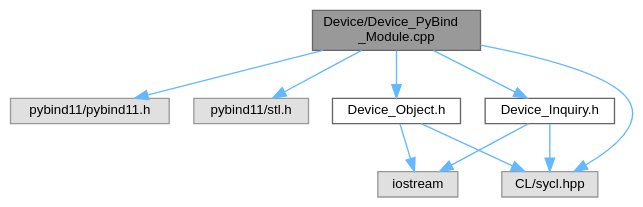
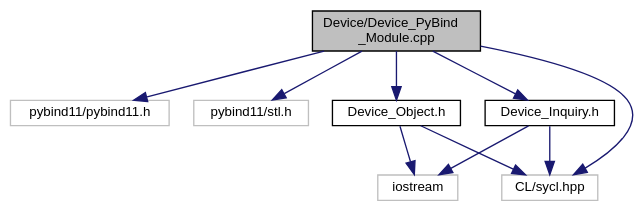
One commit to OsmanAEG/PySYCL changed the diagram in docs/PySYCL_doxygen_html/_device___py_bind___module_8cpp__incl.dot. Above: the diagram before and after it, drawn with Graphviz. The commit also changed 129 other files, not shown here.

```diff
--- a/docs/PySYCL_doxygen_html/_device___py_bind___module_8cpp__incl.dot
+++ b/docs/PySYCL_doxygen_html/_device___py_bind___module_8cpp__incl.dot
@@ -1,24 +1,24 @@
 digraph "Device/Device_PyBind_Module.cpp"
 {
  // INTERACTIVE_SVG=YES
  // LATEX_PDF_SIZE
   bgcolor="transparent";
-  edge [fontname=Helvetica,fontsize=10,labelfontname=Helvetica,labelfontsize=10];
-  node [fontname=Helvetica,fontsize=10,shape=box,height=0.2,width=0.4];
-  Node1 [id="Node000001",label="Device/Device_PyBind\l_Module.cpp",height=0.2,width=0.4,color="gray40", fillcolor="grey60", style="filled", fontcolor="black",tooltip="Python module for device in PySYCL."];
-  Node1 -> Node2 [id="edge1_Node000001_Node000002",color="steelblue1",style="solid",tooltip=" "];
-  Node2 [id="Node000002",label="pybind11/pybind11.h",height=0.2,width=0.4,color="grey60", fillcolor="#E0E0E0", style="filled",tooltip=" "];
-  Node1 -> Node3 [id="edge2_Node000001_Node000003",color="steelblue1",style="solid",tooltip=" "];
-  Node3 [id="Node000003",label="pybind11/stl.h",height=0.2,width=0.4,color="grey60", fillcolor="#E0E0E0", style="filled",tooltip=" "];
-  Node1 -> Node4 [id="edge3_Node000001_Node000004",color="steelblue1",style="solid",tooltip=" "];
-  Node4 [id="Node000004",label="Device_Inquiry.h",height=0.2,width=0.4,color="grey40", fillcolor="white", style="filled",URL="$_device___inquiry_8h.html",tooltip="Collecting SYCL device availability and information."];
-  Node4 -> Node5 [id="edge4_Node000004_Node000005",color="steelblue1",style="solid",tooltip=" "];
-  Node5 [id="Node000005",label="iostream",height=0.2,width=0.4,color="grey60", fillcolor="#E0E0E0", style="filled",tooltip=" "];
-  Node4 -> Node6 [id="edge5_Node000004_Node000006",color="steelblue1",style="solid",tooltip=" "];
-  Node6 [id="Node000006",label="CL/sycl.hpp",height=0.2,width=0.4,color="grey60", fillcolor="#E0E0E0", style="filled",tooltip=" "];
-  Node1 -> Node7 [id="edge6_Node000001_Node000007",color="steelblue1",style="solid",tooltip=" "];
-  Node7 [id="Node000007",label="Device_Object.h",height=0.2,width=0.4,color="grey40", fillcolor="white", style="filled",URL="$_device___object_8h.html",tooltip="SYCL device selection in PySYCL."];
-  Node7 -> Node5 [id="edge7_Node000007_Node000005",color="steelblue1",style="solid",tooltip=" "];
-  Node7 -> Node6 [id="edge8_Node000007_Node000006",color="steelblue1",style="solid",tooltip=" "];
-  Node1 -> Node6 [id="edge9_Node000001_Node000006",color="steelblue1",style="solid",tooltip=" "];
+  edge [fontname="Helvetica",fontsize="10",labelfontname="Helvetica",labelfontsize="10"];
+  node [fontname="Helvetica",fontsize="10",shape=record];
+  Node1 [label="Device/Device_PyBind\l_Module.cpp",height=0.2,width=0.4,color="black", fillcolor="grey75", style="filled", fontcolor="black",tooltip="Python module for device in PySYCL."];
+  Node1 -> Node2 [color="midnightblue",fontsize="10",style="solid",fontname="Helvetica"];
+  Node2 [label="pybind11/pybind11.h",height=0.2,width=0.4,color="grey75",tooltip=" "];
+  Node1 -> Node3 [color="midnightblue",fontsize="10",style="solid",fontname="Helvetica"];
+  Node3 [label="pybind11/stl.h",height=0.2,width=0.4,color="grey75",tooltip=" "];
+  Node1 -> Node4 [color="midnightblue",fontsize="10",style="solid",fontname="Helvetica"];
+  Node4 [label="Device_Inquiry.h",height=0.2,width=0.4,color="black",URL="$_device___inquiry_8h.html",tooltip="Collecting SYCL device availability and information."];
+  Node4 -> Node5 [color="midnightblue",fontsize="10",style="solid",fontname="Helvetica"];
+  Node5 [label="iostream",height=0.2,width=0.4,color="grey75",tooltip=" "];
+  Node4 -> Node6 [color="midnightblue",fontsize="10",style="solid",fontname="Helvetica"];
+  Node6 [label="CL/sycl.hpp",height=0.2,width=0.4,color="grey75",tooltip=" "];
+  Node1 -> Node7 [color="midnightblue",fontsize="10",style="solid",fontname="Helvetica"];
+  Node7 [label="Device_Object.h",height=0.2,width=0.4,color="black",URL="$_device___object_8h.html",tooltip="Device object for device selection in PySYCL."];
+  Node7 -> Node5 [color="midnightblue",fontsize="10",style="solid",fontname="Helvetica"];
+  Node7 -> Node6 [color="midnightblue",fontsize="10",style="solid",fontname="Helvetica"];
+  Node1 -> Node6 [color="midnightblue",fontsize="10",style="solid",fontname="Helvetica"];
 }
```
